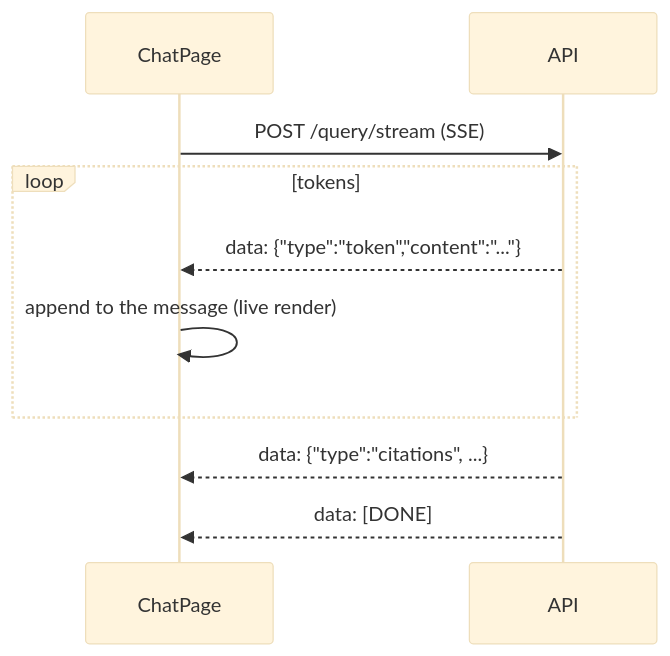
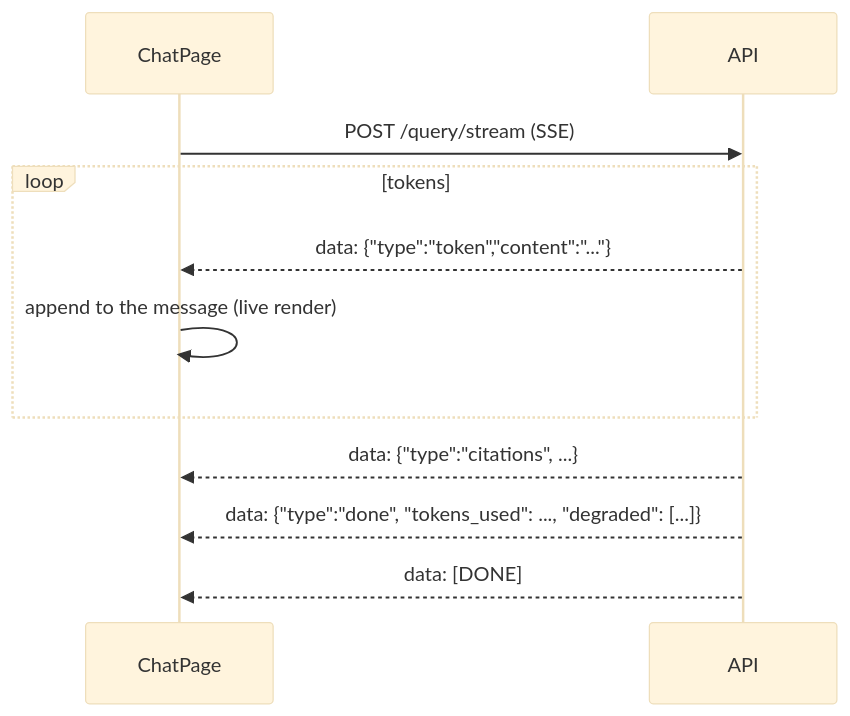
Before and after one commit to objectgyan/agentic-rag-system: the diagram in docs/learn/10-frontend.md, drawn with Mermaid (base theme). The commit also changed other lines of this file and 6 other files, not shown here.

````diff
--- a/docs/learn/10-frontend.md
+++ b/docs/learn/10-frontend.md
@@ -85,12 +87,13 @@
 ```mermaid
 sequenceDiagram
     participant UI as ChatPage
     participant API
     UI->>API: POST /query/stream (SSE)
     loop tokens
         API-->>UI: data: {"type":"token","content":"..."}
         UI->>UI: append to the message (live render)
     end
     API-->>UI: data: {"type":"citations", ...}
+    API-->>UI: data: {"type":"done", "tokens_used": ..., "degraded": [...]}
     API-->>UI: data: [DONE]
 ```
````
